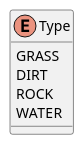
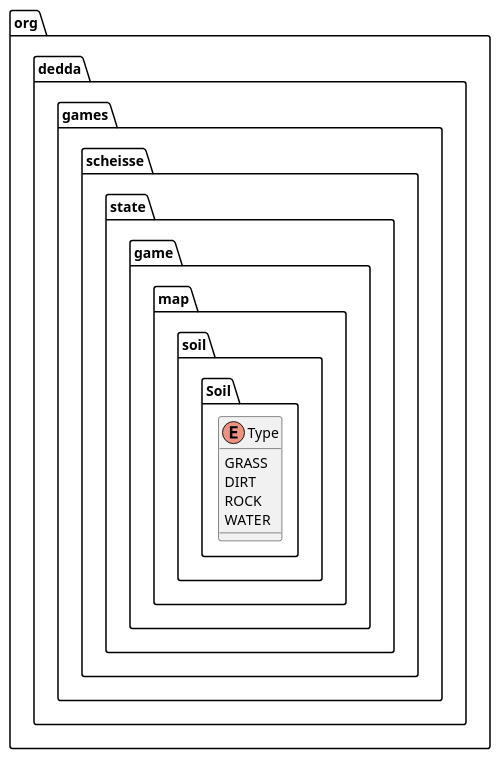
The diagram in uml/classes/org.dedda.games.scheisse.state.game.map.soil.Soil.Type.puml (gitter-badger/scheisse), drawn with PlantUML before and after one commit. The commit also changed 14 other files, not shown here.

Commit message:
extended puml class diagram a bit

```diff
--- a/uml/classes/org.dedda.games.scheisse.state.game.map.soil.Soil.Type.puml
+++ b/uml/classes/org.dedda.games.scheisse.state.game.map.soil.Soil.Type.puml
@@ -1,8 +1,8 @@
 @startuml
-enum Type{
+enum org.dedda.games.scheisse.state.game.map.soil.Soil.Type{
     GRASS
     DIRT
     ROCK
     WATER
 }
 @enduml
```
